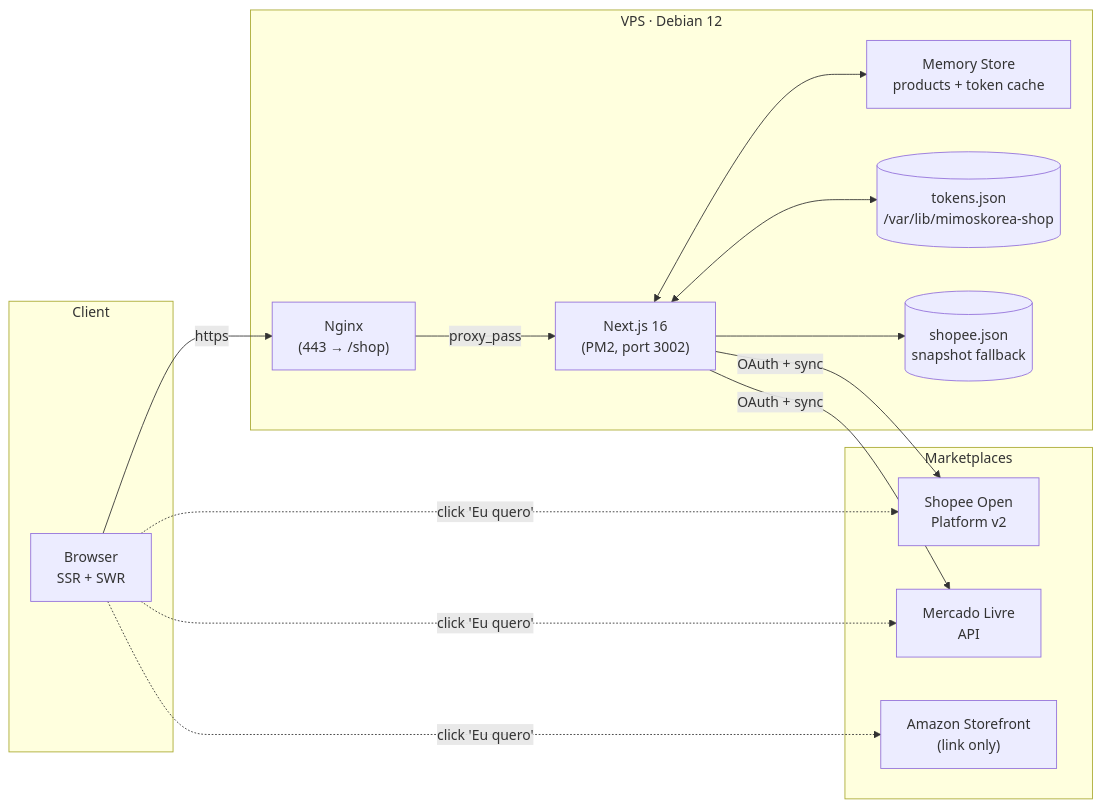
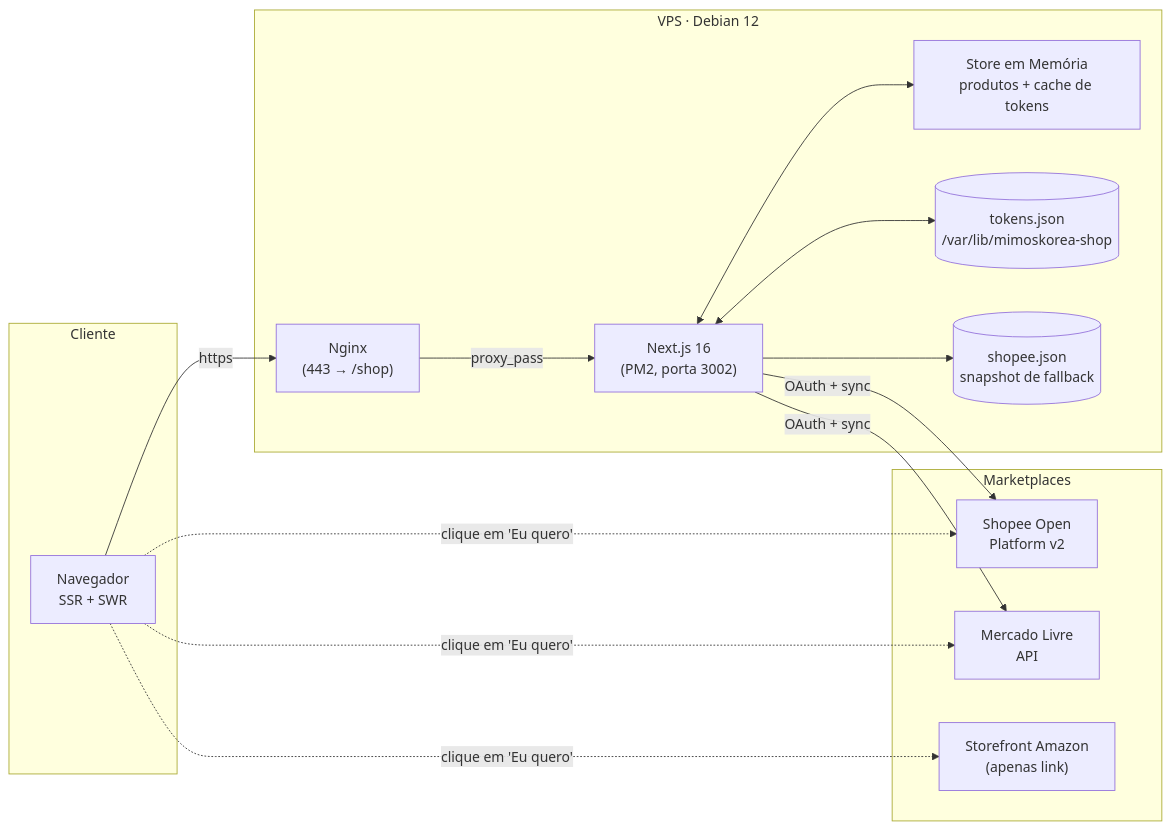
One commit to davccavalcante/mimoskorea-shop changed the first of 4 diagrams in README.md. Above: the diagram before and after it, drawn with Mermaid. The commit also changed other lines of this file and 8 other files, not shown here.

````diff
--- a/README.md
+++ b/README.md
@@ -30,29 +30,29 @@
 ```mermaid
 graph LR
-    subgraph "Client"
-        BR[Browser<br/>SSR + SWR]
+    subgraph "Cliente"
+        BR[Navegador<br/>SSR + SWR]
     end
     subgraph "VPS · Debian 12"
         NX["Nginx<br/>(443 → /shop)"]
-        APP["Next.js 16<br/>(PM2, port 3002)"]
-        MEM["Memory Store<br/>products + token cache"]
+        APP["Next.js 16<br/>(PM2, porta 3002)"]
+        MEM["Store em Memória<br/>produtos + cache de tokens"]
         TF[("tokens.json<br/>/var/lib/mimoskorea-shop")]
-        SS[("shopee.json<br/>snapshot fallback")]
+        SS[("shopee.json<br/>snapshot de fallback")]
     end
     subgraph "Marketplaces"
         SHO["Shopee Open<br/>Platform v2"]
         ML["Mercado Livre<br/>API"]
-        AM["Amazon Storefront<br/>(link only)"]
+        AM["Storefront Amazon<br/>(apenas link)"]
     end
 
     BR -- "https" --> NX
     NX -- "proxy_pass" --> APP
     APP <--> MEM
     APP <--> TF
     APP --> SS
     APP -- "OAuth + sync" --> SHO
     APP -- "OAuth + sync" --> ML
-    BR -. "click 'Eu quero'" .-> SHO
-    BR -. "click 'Eu quero'" .-> ML
-    BR -. "click 'Eu quero'" .-> AM
+    BR -. "clique em 'Eu quero'" .-> SHO
+    BR -. "clique em 'Eu quero'" .-> ML
+    BR -. "clique em 'Eu quero'" .-> AM
 ```
````
